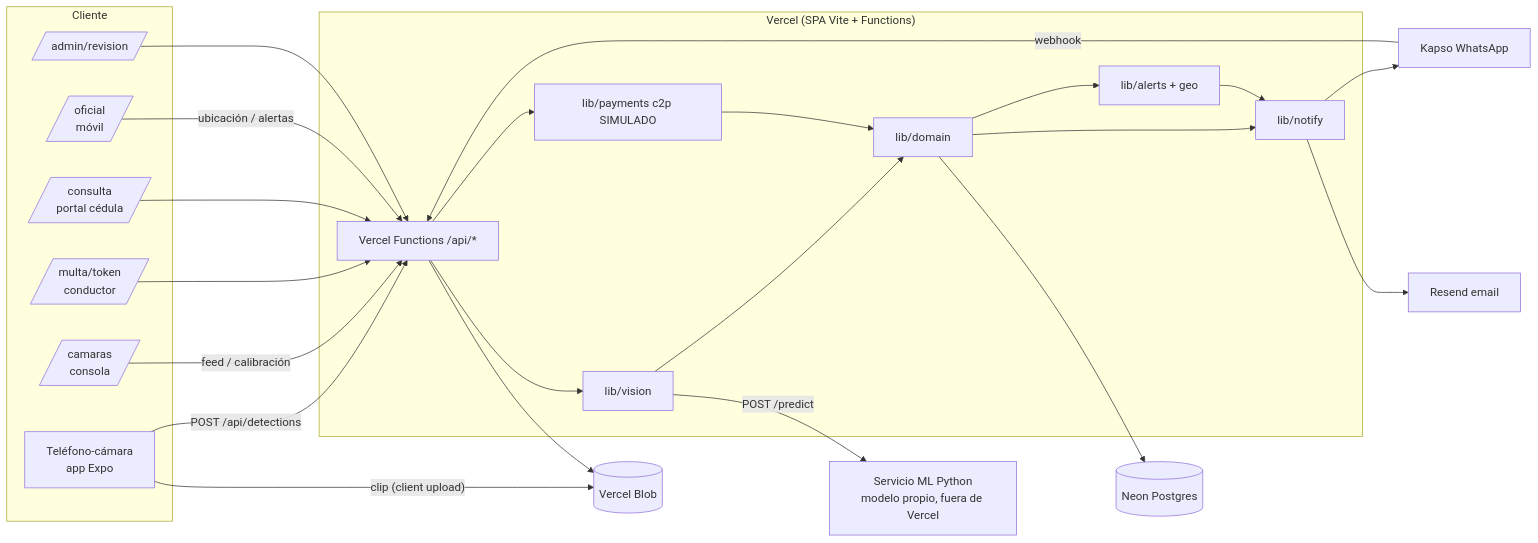
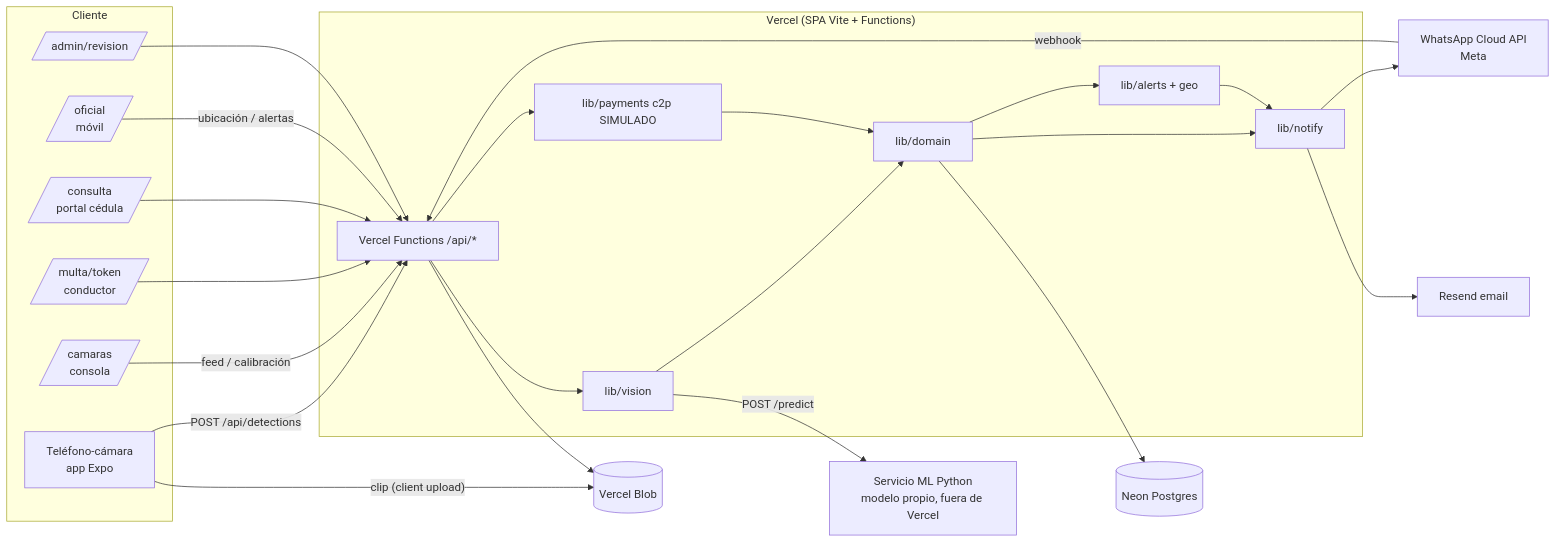
Before and after one commit to platanus-hack/platanus-hack-26-ve-team-20: the first of 3 diagrams in docs/02-arquitectura.md, drawn with Mermaid. The commit also changed other lines of this file and 14 other files, not shown here.

First line of the commit message:
docs: switch WhatsApp from Kapso to Meta Cloud API

````diff
--- a/docs/02-arquitectura.md
+++ b/docs/02-arquitectura.md
@@ -20,39 +20,39 @@
 ```mermaid
 flowchart LR
   subgraph Cliente
     PH[Teléfono-cámara<br/>app Expo]
     SIM[/camaras<br/>consola/]
     DRV[/multa/token<br/>conductor/]
     POR[/consulta<br/>portal cédula/]
     OFF[/oficial<br/>móvil/]
     ADM[/admin/revision/]
   end
   subgraph Vercel["Vercel (SPA Vite + Functions)"]
     API[Vercel Functions /api/*]
     VIS[lib/vision]
     DOM[lib/domain]
     NOT[lib/notify]
     PAY[lib/payments c2p SIMULADO]
     ALR[lib/alerts + geo]
   end
   BLOB[(Vercel Blob)]
   DB[(Neon Postgres)]
   ML[Servicio ML Python<br/>modelo propio, fuera de Vercel]
-  KP[Kapso WhatsApp]
+  KP[WhatsApp Cloud API<br/>Meta]
   RS[Resend email]
 
   PH -- clip (client upload) --> BLOB
   PH -- POST /api/detections --> API
   SIM -- feed / calibración --> API
   API --> VIS -- POST /predict --> ML
   VIS --> DOM --> DB
   DOM --> NOT --> KP
   NOT --> RS
   DOM --> ALR --> NOT
   DRV --> API --> PAY --> DOM
   POR --> API
   OFF -- ubicación / alertas --> API
   ADM --> API
   KP -- webhook --> API
   API --> BLOB
 ```
````
